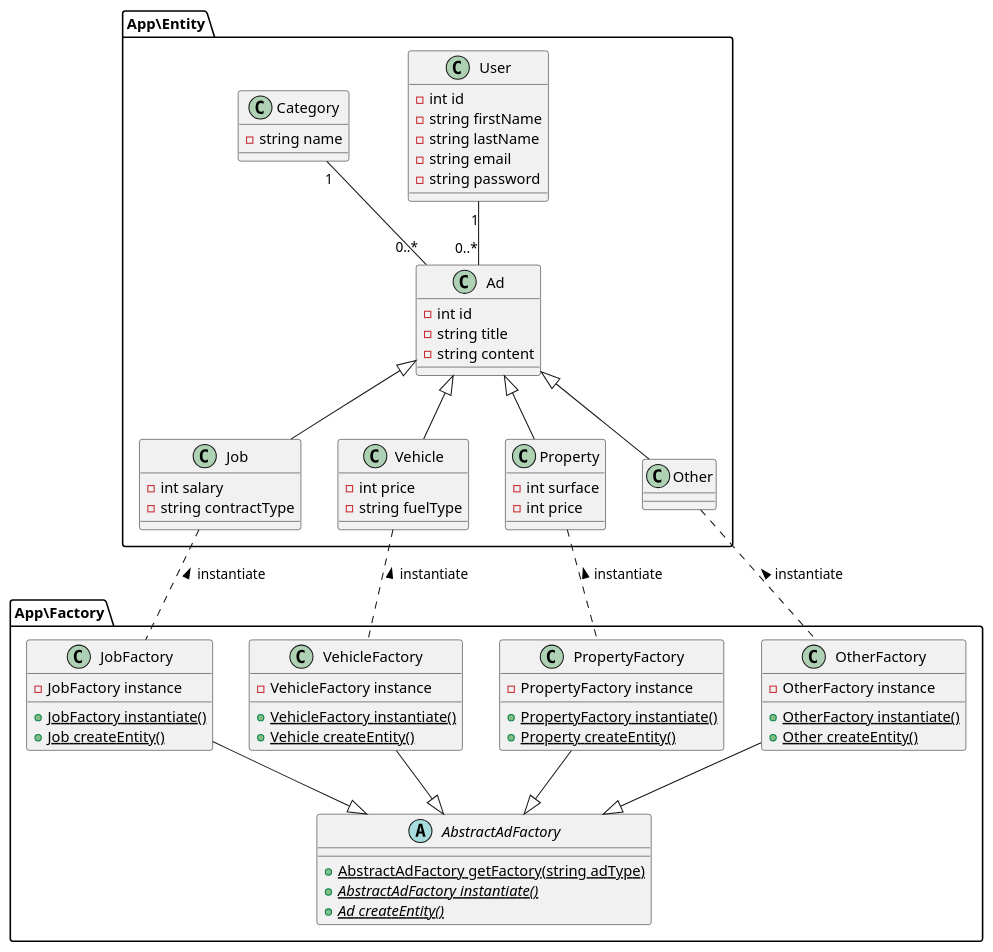
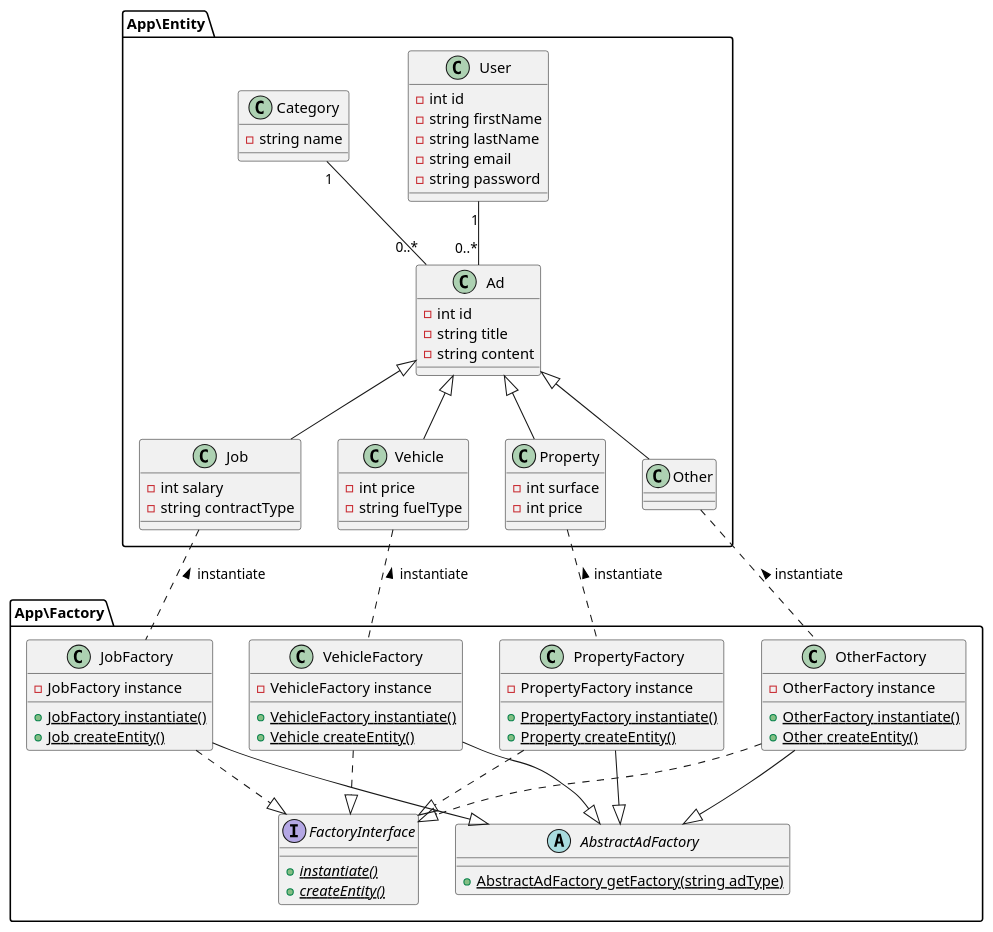
Before and after one commit to GregRbs92/LeBonCoin: the diagram in model.plantuml, drawn with PlantUML.

Commit message:
update uml

```diff
--- a/model.plantuml
+++ b/model.plantuml
@@ -1,95 +1,103 @@
 @startuml
 
 package App\Entity {
 
     class Ad {
       -int id
       -string title
       -string content
     }
 
     class User {
       -int id
       -string firstName
       -string lastName
       -string email
       -string password
     }
 
     class Category {
       -string name
     }
 
     class Job {
       -int salary
       -string contractType
     }
 
     class Vehicle {
       -int price
       -string fuelType
     }
 
     class Property {
       -int surface
       -int price
     }
 
     class Other {
     }
 
 }
 
 package App\Factory {
 
     abstract class AbstractAdFactory {
       +AbstractAdFactory {static} getFactory(string adType)
-      +AbstractAdFactory {abstract} {static} instantiate()
-      +Ad {abstract} {static} createEntity()
+    }
+
+    interface FactoryInterface {
+      + {abstract} {static} instantiate()
+      + {abstract} {static} createEntity()
     }
 
     class JobFactory {
       -JobFactory instance
       +JobFactory {static} instantiate()
       +Job {static} createEntity()
     }
 
     class VehicleFactory {
       -VehicleFactory instance
       +VehicleFactory {static} instantiate()
       +Vehicle {static} createEntity()
     }
 
     class PropertyFactory {
       -PropertyFactory instance
       +PropertyFactory {static} instantiate()
       +Property {static} createEntity()
     }
 
     class OtherFactory {
       -OtherFactory instance
       +OtherFactory {static} instantiate()
       +Other {static} createEntity()
     }
 
 }
 
 User "1"-down-"0..*" Ad
 Category "1" -[norank]- "0..*" Ad
 
 Ad <|-- Job
 Ad <|-- Vehicle
 Ad <|-- Property
 Ad <|-- Other
 
 AbstractAdFactory <|-up- OtherFactory
 AbstractAdFactory <|-up- PropertyFactory
 AbstractAdFactory <|-up- VehicleFactory
 AbstractAdFactory <|-up- JobFactory
 
+FactoryInterface <|.up. OtherFactory
+FactoryInterface <|.up. PropertyFactory
+FactoryInterface <|.up. VehicleFactory
+FactoryInterface <|.up. JobFactory
+
 Job .down. JobFactory : < instantiate
 Vehicle .down. VehicleFactory : < instantiate
 Property .down. PropertyFactory : < instantiate
 Other .down. OtherFactory : < instantiate
 
 @enduml
```
